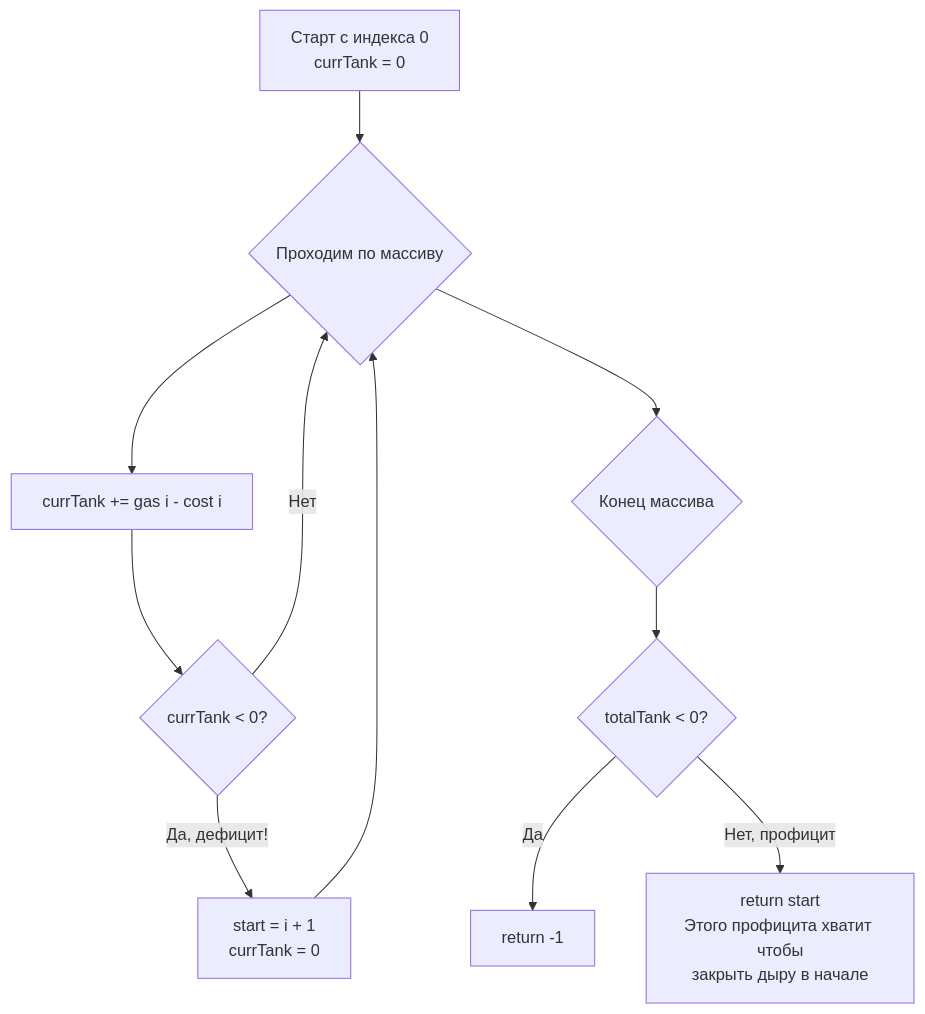
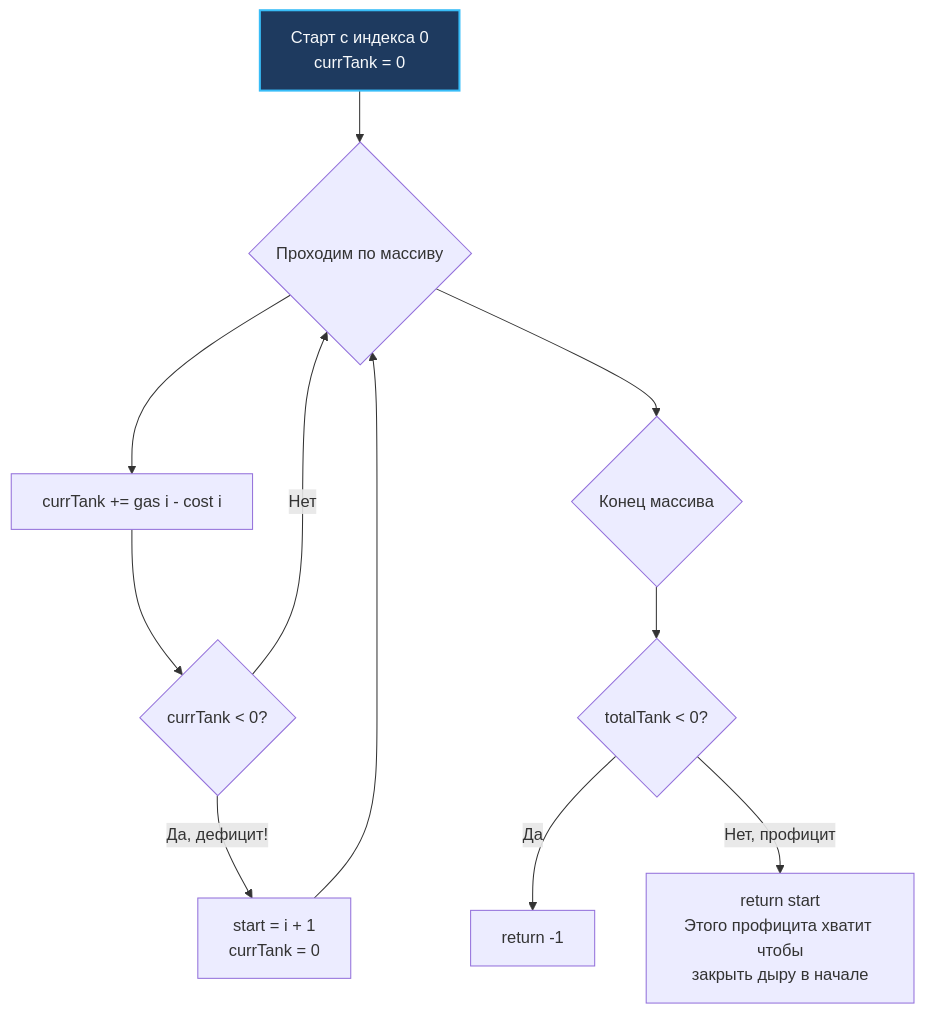
One commit to UnrealTemplier/go-textbook changed the diagram in sources/21. Задачи с LeetCode и собеседований на Go/02. Задачи/17. Жадные алгоритмы/5. Gas Station.md. Above: the diagram before and after it, drawn with Mermaid. The commit also changed 1666 other files, not shown here.

First line of the commit message:
feat(mermaid): add semantic color classDef to 1369 colorless flowchart/graph diagrams

````diff
--- a/sources/21. Задачи с LeetCode и собеседований на Go/02. Задачи/17. Жадные алгоритмы/5. Gas Station.md
+++ b/sources/21. Задачи с LeetCode и собеседований на Go/02. Задачи/17. Жадные алгоритмы/5. Gas Station.md
@@ -58,14 +58,24 @@
 ```mermaid
 flowchart TD
-    A["Старт с индекса 0<br>currTank = 0"] --> B{"Проходим по массиву"}
+    classDef process  fill:#1e293b,stroke:#38bdf8,stroke-width:1px,color:#f8fafc
+    classDef success  fill:#064e3b,stroke:#34d399,stroke-width:1px,color:#f8fafc
+    classDef error    fill:#7f1d1d,stroke:#f87171,stroke-width:1px,color:#f8fafc
+    classDef warning  fill:#78350f,stroke:#fbbf24,stroke-width:1px,color:#f8fafc
+    classDef entry    fill:#1e3a5f,stroke:#38bdf8,stroke-width:2px,color:#f8fafc
+    classDef aux      fill:#334155,stroke:#64748b,stroke-width:1px,color:#f8fafc
+    classDef system   fill:#312e81,stroke:#a78bfa,stroke-width:1px,color:#f8fafc
+    classDef data     fill:#132d29,stroke:#2dd4bf,stroke-width:1px,color:#f8fafc
+    classDef network  fill:#881337,stroke:#fb7185,stroke-width:1px,color:#f8fafc
+    classDef accent   fill:#1e1b4b,stroke:#818cf8,stroke-width:1px,color:#f8fafc
+    A["Старт с индекса 0<br>currTank = 0"]:::entry --> B{"Проходим по массиву"}
     B --> C["currTank += gas i - cost i"]
     C --> D{"currTank < 0?"}
     D -- "Нет" --> B
     D -- "Да, дефицит!" --> E["start = i + 1<br>currTank = 0"]
     E --> B
     
     B --> F{"Конец массива"}
     F --> G{"totalTank < 0?"}
     G -- "Да" --> H["return -1"]
     G -- "Нет, профицит" --> I["return start<br>Этого профицита хватит чтобы<br>закрыть дыру в начале"]
 ```
````
